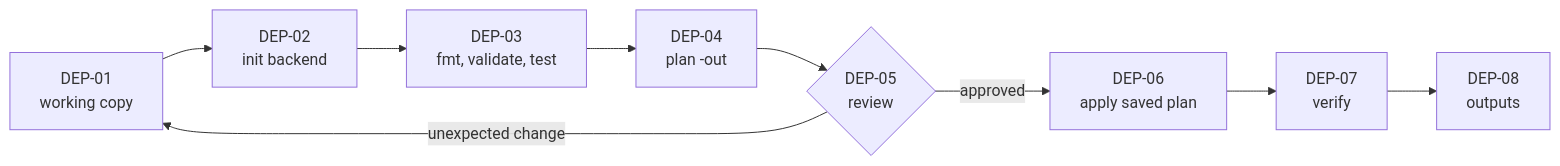
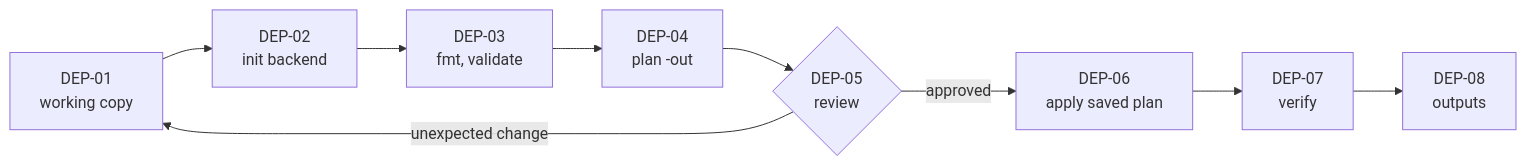
Before and after one commit to herculeihasa/generic-infra: the diagram in az-infra-generic/docs/runbooks/05-deployment-procedures.md, drawn with Mermaid. The commit also changed other lines of this file and 29 other files, not shown here.

````diff
--- a/az-infra-generic/docs/runbooks/05-deployment-procedures.md
+++ b/az-infra-generic/docs/runbooks/05-deployment-procedures.md
@@ -11,11 +11,11 @@
 ```mermaid
 flowchart LR
     A["DEP-01<br/>working copy"] --> B["DEP-02<br/>init backend"]
-    B --> C["DEP-03<br/>fmt, validate, test"]
+    B --> C["DEP-03<br/>fmt, validate"]
     C --> D["DEP-04<br/>plan -out"]
     D --> E{"DEP-05<br/>review"}
     E -->|"approved"| F["DEP-06<br/>apply saved plan"]
     E -->|"unexpected change"| A
     F --> G["DEP-07<br/>verify"]
     G --> H["DEP-08<br/>outputs"]
 ```
````
